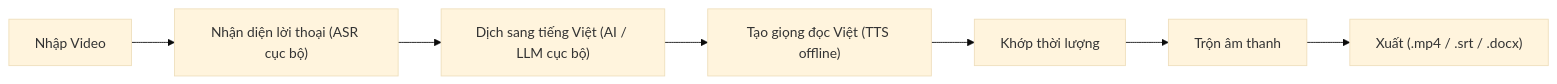
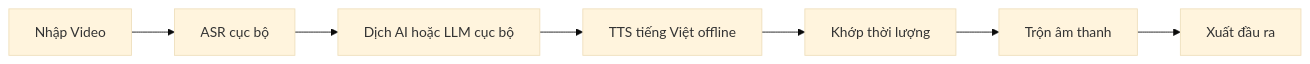
The diagram in docs/README.vi.md (namtit2932k/dubtool), drawn with Mermaid (base theme) before and after one commit. The commit also changed other lines of this file and 2 other files, not shown here.

````diff
--- a/docs/README.vi.md
+++ b/docs/README.vi.md
@@ -61,9 +60,9 @@
 ```mermaid
 flowchart LR
-  A["Nhập Video"] --> B["Nhận diện lời thoại (ASR cục bộ)"]
-  B --> C["Dịch sang tiếng Việt (AI / LLM cục bộ)"]
-  C --> D["Tạo giọng đọc Việt (TTS offline)"]
+  A["Nhập Video"] --> B["ASR cục bộ"]
+  B --> C["Dịch AI hoặc LLM cục bộ"]
+  C --> D["TTS tiếng Việt offline"]
   D --> E["Khớp thời lượng"]
   E --> F["Trộn âm thanh"]
-  F --> G["Xuất (.mp4 / .srt / .docx)"]
+  F --> G["Xuất đầu ra"]
 ```
````
